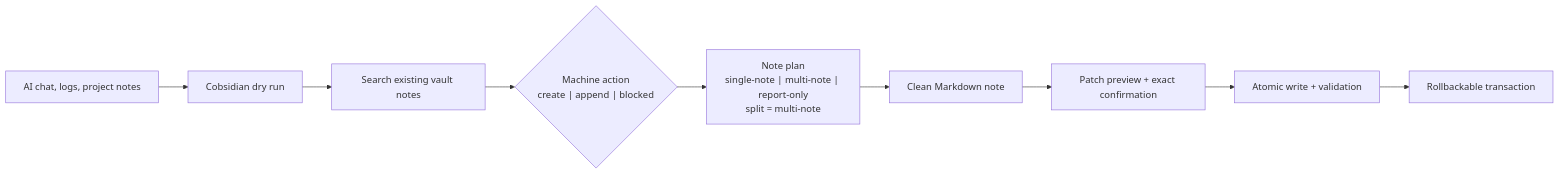
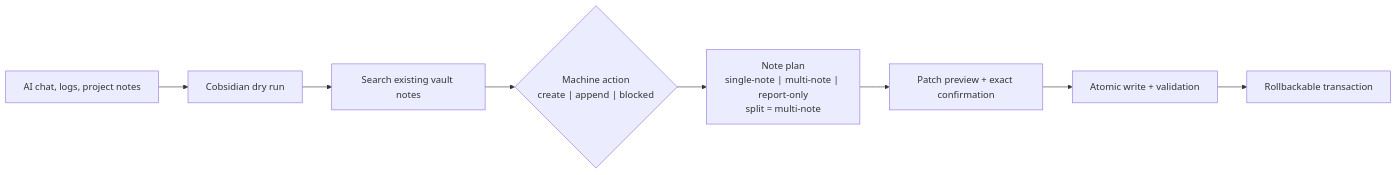
Before and after one commit to Totoro-qaq/Cobsidian: the first of 2 diagrams in README.md, drawn with Mermaid. The commit also changed other lines of this file and 3 other files, not shown here.

````diff
--- a/README.md
+++ b/README.md
@@ -50,11 +62,10 @@
 ```mermaid
 flowchart LR
     A["AI chat, logs, project notes"] --> B["Cobsidian dry run"]
     B --> C["Search existing vault notes"]
     C --> D{"Machine action<br/>create | append | blocked"}
     D --> E["Note plan<br/>single-note | multi-note | report-only<br/>split = multi-note"]
-    E --> F["Clean Markdown note"]
-    F --> G["Patch preview + exact confirmation"]
-    G --> H["Atomic write + validation"]
-    H --> I["Rollbackable transaction"]
+    E --> F["Patch preview + exact confirmation"]
+    F --> G["Atomic write + validation"]
+    G --> H["Rollbackable transaction"]
 ```
````
